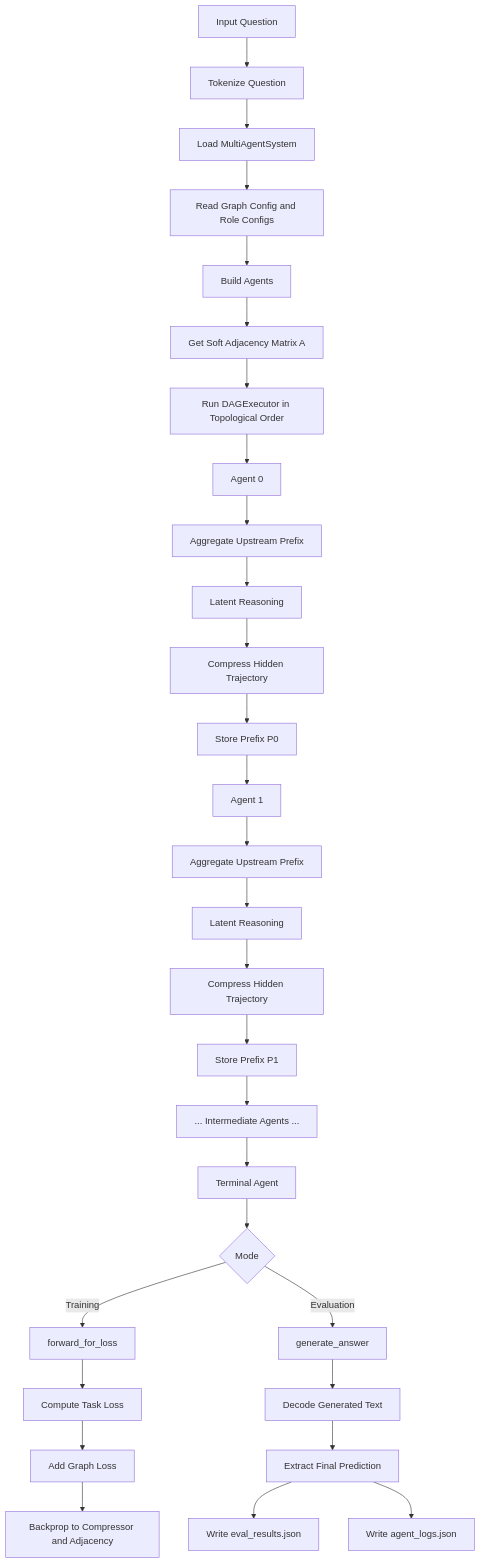
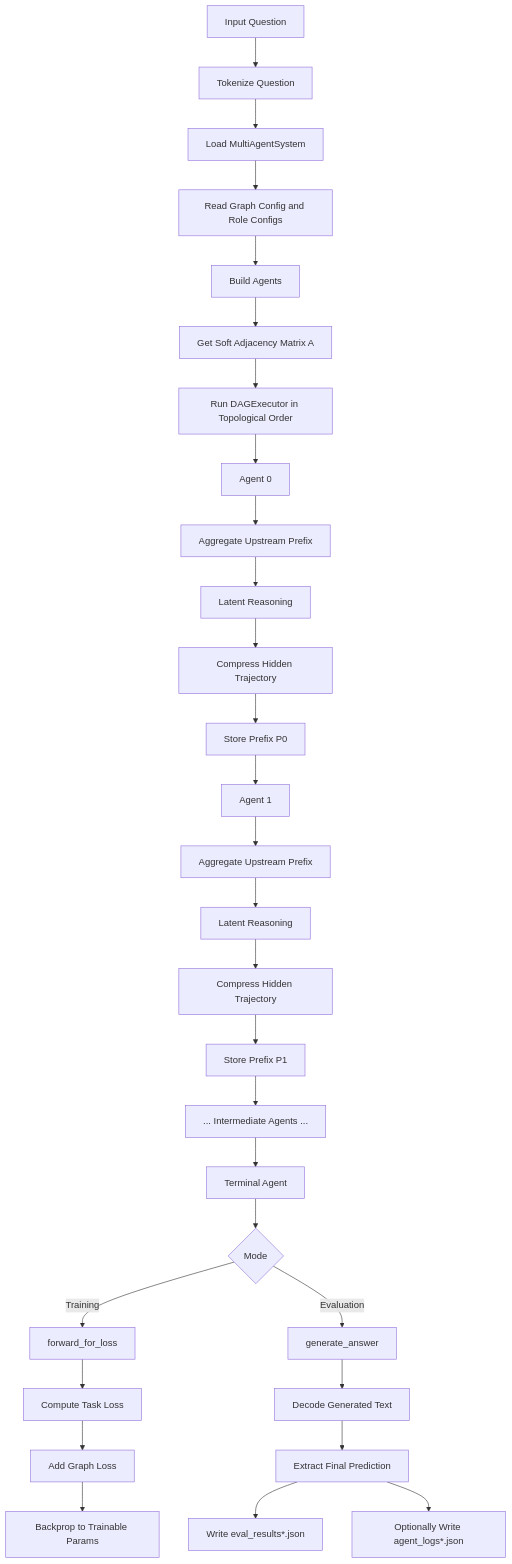
Before and after one commit to Johnny221B/latent-MAS: the first of 5 diagrams in docs/agent_workflow.md, drawn with Mermaid. The commit also changed other lines of this file and 15 other files, not shown here.

````diff
--- a/docs/agent_workflow.md
+++ b/docs/agent_workflow.md
@@ -12,36 +12,36 @@
 ```mermaid
 flowchart TD
     A[Input Question] --> B[Tokenize Question]
     B --> C[Load MultiAgentSystem]
     C --> D[Read Graph Config and Role Configs]
     D --> E[Build Agents]
     E --> F[Get Soft Adjacency Matrix A]
     F --> G[Run DAGExecutor in Topological Order]
 
     G --> H[Agent 0]
     H --> I[Aggregate Upstream Prefix]
     I --> J[Latent Reasoning]
     J --> K[Compress Hidden Trajectory]
     K --> L[Store Prefix P0]
 
     L --> M[Agent 1]
     M --> N[Aggregate Upstream Prefix]
     N --> O[Latent Reasoning]
     O --> P[Compress Hidden Trajectory]
     P --> Q[Store Prefix P1]
 
     Q --> R[... Intermediate Agents ...]
     R --> S[Terminal Agent]
     S --> T{Mode}
 
     T -->|Training| U[forward_for_loss]
     U --> V[Compute Task Loss]
     V --> W[Add Graph Loss]
-    W --> X[Backprop to Compressor and Adjacency]
+    W --> X[Backprop to Trainable Params]
 
     T -->|Evaluation| Y[generate_answer]
     Y --> Z[Decode Generated Text]
     Z --> AA[Extract Final Prediction]
-    AA --> AB[Write eval_results.json]
-    AA --> AC[Write agent_logs.json]
+    AA --> AB[Write eval_results*.json]
+    AA --> AC[Optionally Write agent_logs*.json]
 ```
````
